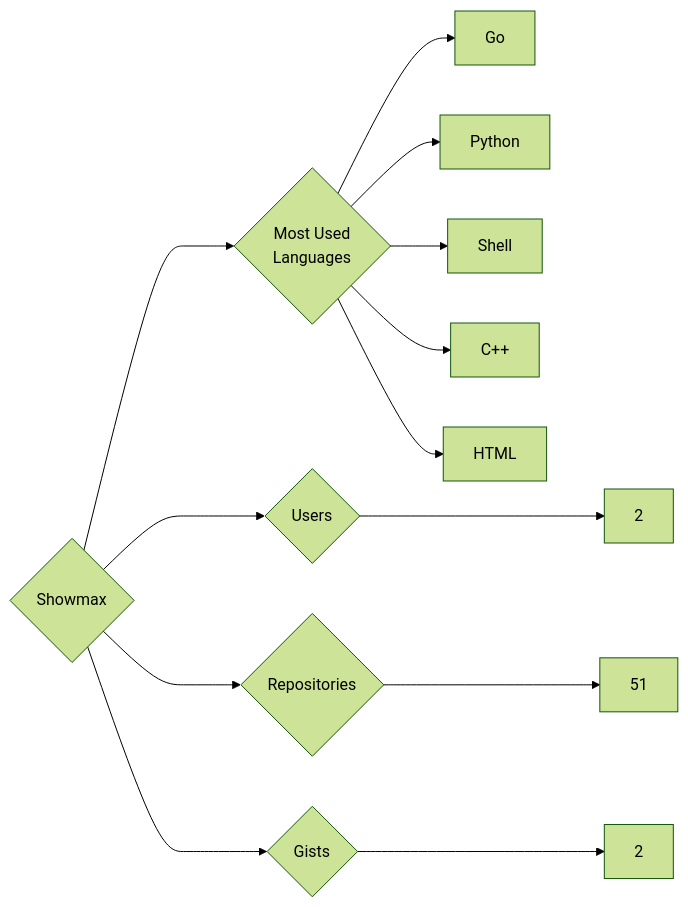
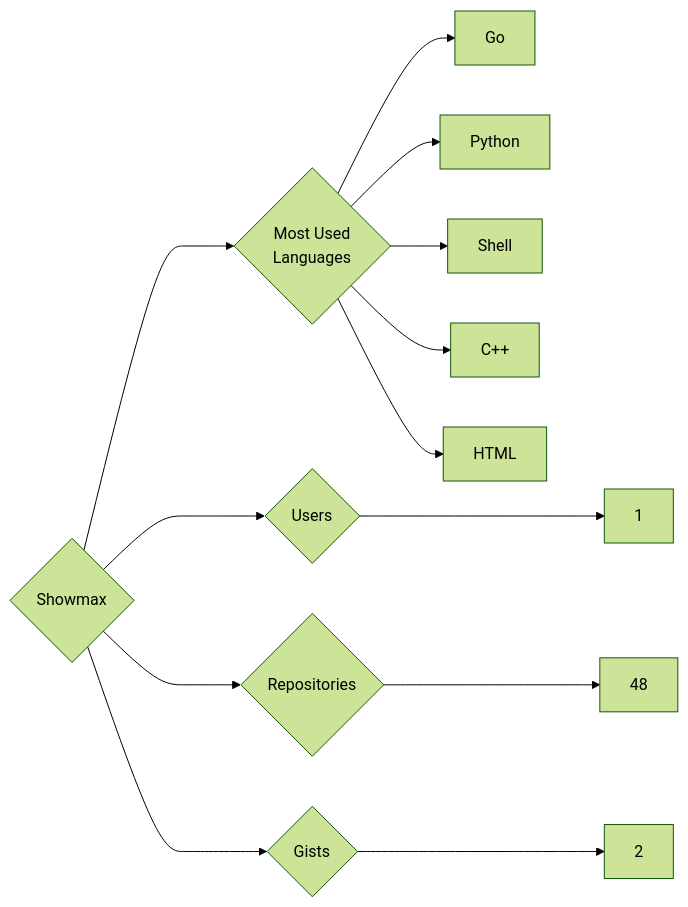
The diagram in targets/Showmax/README.md (trickest/insiders), drawn with Mermaid (forest theme) before and after one commit. The commit also changed 797 other files, not shown here.

````diff
--- a/targets/Showmax/README.md
+++ b/targets/Showmax/README.md
@@ -3,13 +3,13 @@
 ```mermaid
 graph LR
 COMPANY_NAME{Showmax}
-COMPANY_NAME ---> U{Users} ---> UN[2]
-COMPANY_NAME ---> R{Repositories} ---> RN[51]
+COMPANY_NAME ---> U{Users} ---> UN[1]
+COMPANY_NAME ---> R{Repositories} ---> RN[48]
 COMPANY_NAME ---> G{Gists} ---> GN[2]
 COMPANY_NAME ---> ML{Most Used<br>Languages}
 ML --> Go[Go]
 ML --> Python[Python]
 ML --> Shell[Shell]
 ML --> C++[C++]
 ML --> HTML[HTML]
 ```
````
